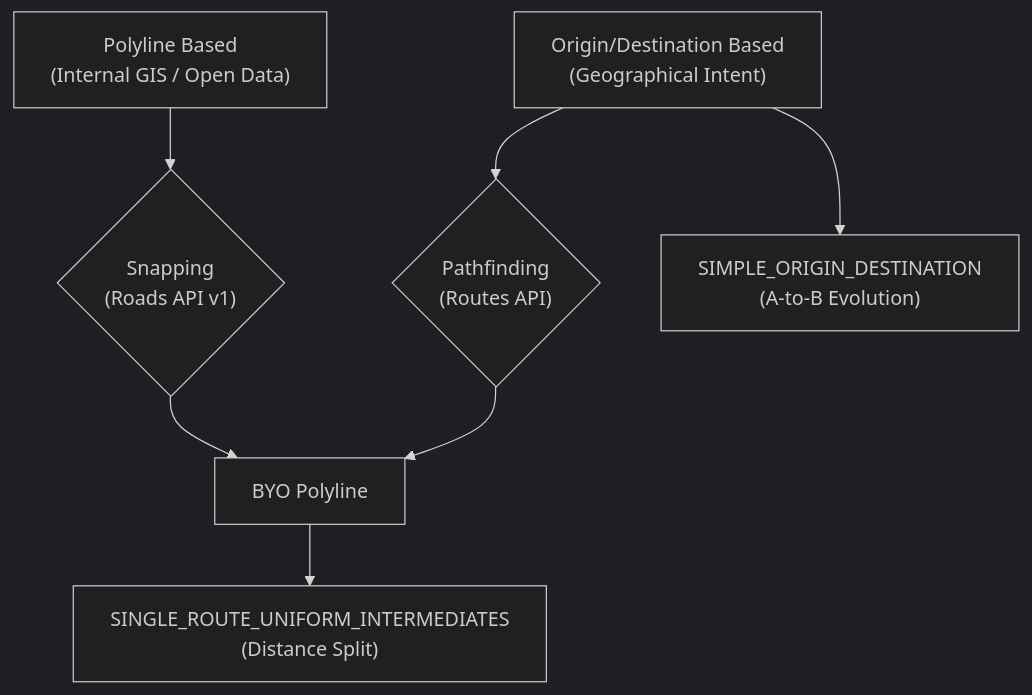
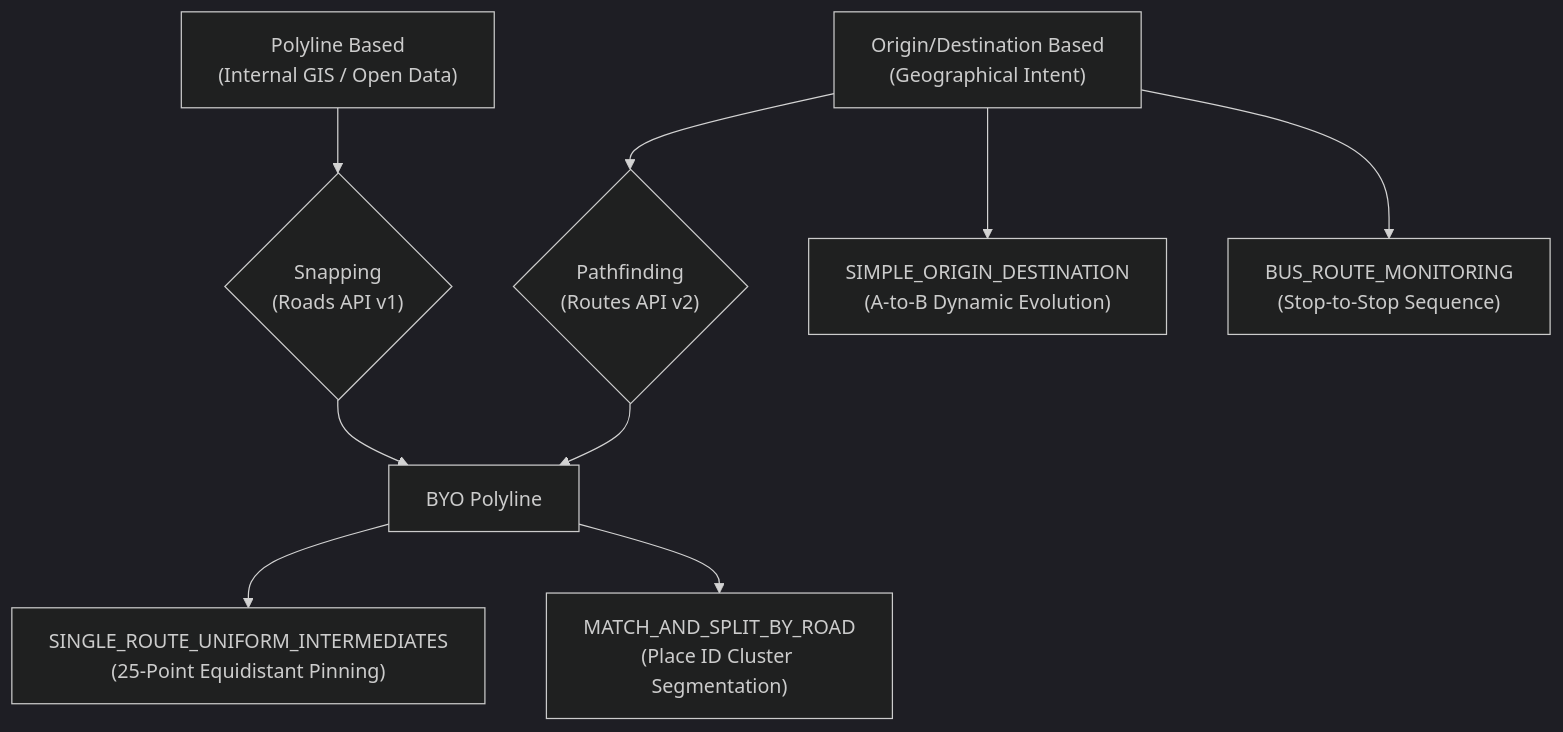
The diagram in roads_management_insights/.agents/skills/rmi-routesetting/SKILL.md (googlemaps-samples/insights-samples), drawn with Mermaid (dark theme) before and after one commit. The commit also changed other lines of this file and 22 other files, not shown here.

````diff
--- a/roads_management_insights/.agents/skills/rmi-routesetting/SKILL.md
+++ b/roads_management_insights/.agents/skills/rmi-routesetting/SKILL.md
@@ -17,14 +16,16 @@
 ```mermaid
 graph TD
     %% Entry Points
     EntryPL["Polyline Based<br/>(Internal GIS / Open Data)"] --> Snapping{"Snapping<br/>(Roads API v1)"}
-    EntryOD["Origin/Destination Based<br/>(Geographical Intent)"] --> Pathfinding{"Pathfinding<br/>(Routes API)"}
+    EntryOD["Origin/Destination Based<br/>(Geographical Intent)"] --> Pathfinding{"Pathfinding<br/>(Routes API v2)"}
 
     %% Intermediate Processing
     Snapping --> BYOPLY["BYO Polyline"]
     Pathfinding --> BYOPLY
 
     %% Primary Registration Approaches (The "Outputs")
-    BYOPLY --> SplitDistance["SINGLE_ROUTE_UNIFORM_INTERMEDIATES<br/>(Distance Split)"]
-    EntryOD --> OD["SIMPLE_ORIGIN_DESTINATION<br/>(A-to-B Evolution)"]
+    BYOPLY --> SplitDistance["SINGLE_ROUTE_UNIFORM_INTERMEDIATES<br/>(25-Point Equidistant Pinning)"]
+    BYOPLY --> SplitRoad["MATCH_AND_SPLIT_BY_ROAD<br/>(Place ID Cluster Segmentation)"]
+    EntryOD --> OD["SIMPLE_ORIGIN_DESTINATION<br/>(A-to-B Dynamic Evolution)"]
+    EntryOD --> BusSeq["BUS_ROUTE_MONITORING<br/>(Stop-to-Stop Sequence)"]
 ```
````
